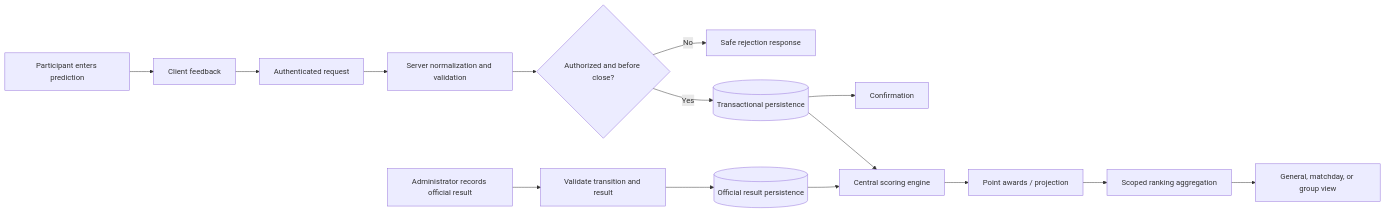
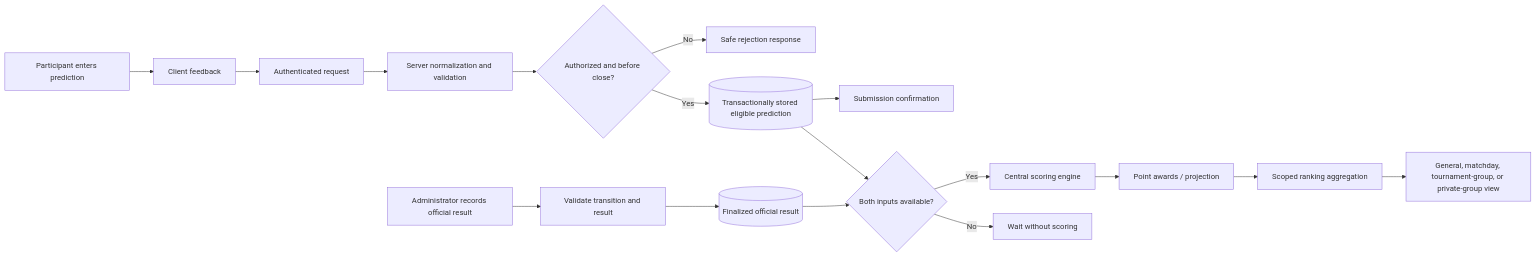
Before and after one commit to Vladilusion/pickplay-case-study: the diagram in diagrams/data-flow.md, drawn with Mermaid. The commit also changed other lines of this file and 7 other files, not shown here.

Commit message:
docs: distinguish tournament and private groups

````diff
--- a/diagrams/data-flow.md
+++ b/diagrams/data-flow.md
@@ -3,17 +3,19 @@
 ```mermaid
 flowchart LR
     A[Participant enters prediction] --> B[Client feedback]
     B --> C[Authenticated request]
     C --> D[Server normalization and validation]
     D --> E{Authorized and before close?}
     E -- No --> F[Safe rejection response]
-    E -- Yes --> G[(Transactional persistence)]
-    G --> H[Confirmation]
+    E -- Yes --> G[(Transactionally stored eligible prediction)]
+    G --> H[Submission confirmation]
     I[Administrator records official result] --> J[Validate transition and result]
-    J --> K[(Official result persistence)]
-    K --> L[Central scoring engine]
-    G --> L
+    J --> K[(Finalized official result)]
+    G --> R{Both inputs available?}
+    K --> R
+    R -- Yes --> L[Central scoring engine]
+    R -- No --> W[Wait without scoring]
     L --> M[Point awards / projection]
     M --> N[Scoped ranking aggregation]
-    N --> O[General, matchday, or group view]
+    N --> O[General, matchday, tournament-group, or private-group view]
 ```
````
